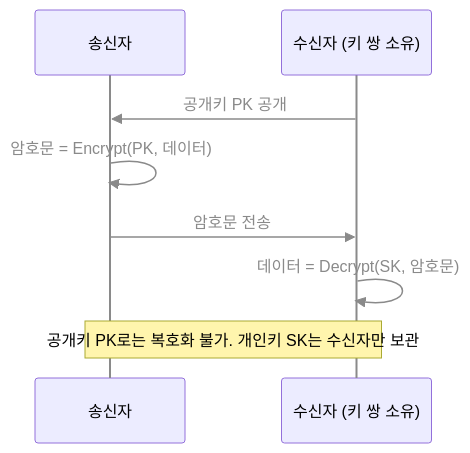
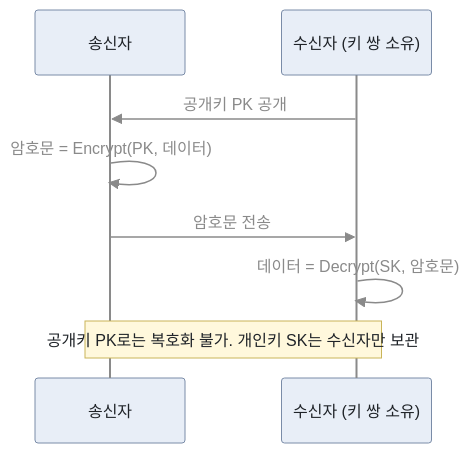
Before and after one commit to secututor/security-knowledge-base: the first of 4 diagrams in security-fundamentals/cryptography/asymmetric-encryption.md, drawn with Mermaid. The commit also changed other lines of this file, not shown here.

Commit message:
test: Asymmetric Encryption 그림 4개에 밝은 노드 Mermaid 테마 시험 적용

````diff
--- a/security-fundamentals/cryptography/asymmetric-encryption.md
+++ b/security-fundamentals/cryptography/asymmetric-encryption.md
@@ -26,11 +26,11 @@
 ```mermaid
-%%{init: {"themeVariables": {"fontSize": "20px", "lineColor": "#8a8a8a", "signalColor": "#8a8a8a", "signalTextColor": "#8a8a8a", "actorLineColor": "#8a8a8a"}, "flowchart": {"nodeSpacing": 25, "rankSpacing": 30}}}%%
+%%{init: {"theme": "base", "themeVariables": {"fontSize": "20px", "primaryColor": "#e8eef7", "primaryTextColor": "#1f2328", "primaryBorderColor": "#7a8ca8", "secondaryColor": "#eef1f5", "tertiaryColor": "#f5f7fa", "lineColor": "#8a8a8a", "edgeLabelBackground": "#ffffff", "clusterBkg": "#f5f7fa", "clusterBorder": "#7a8ca8", "actorBkg": "#e8eef7", "actorBorder": "#7a8ca8", "actorTextColor": "#1f2328", "actorLineColor": "#8a8a8a", "signalColor": "#8a8a8a", "signalTextColor": "#8a8a8a", "noteBkgColor": "#fff8dc", "noteTextColor": "#1f2328", "noteBorderColor": "#c9b458"}, "flowchart": {"nodeSpacing": 25, "rankSpacing": 30}}}%%
 sequenceDiagram
     participant A as 송신자
     participant B as 수신자 (키 쌍 소유)
     B->>A: 공개키 PK 공개
     A->>A: 암호문 = Encrypt(PK, 데이터)
     A->>B: 암호문 전송
     B->>B: 데이터 = Decrypt(SK, 암호문)
     Note over A,B: 공개키 PK로는 복호화 불가. 개인키 SK는 수신자만 보관
 ```
````
